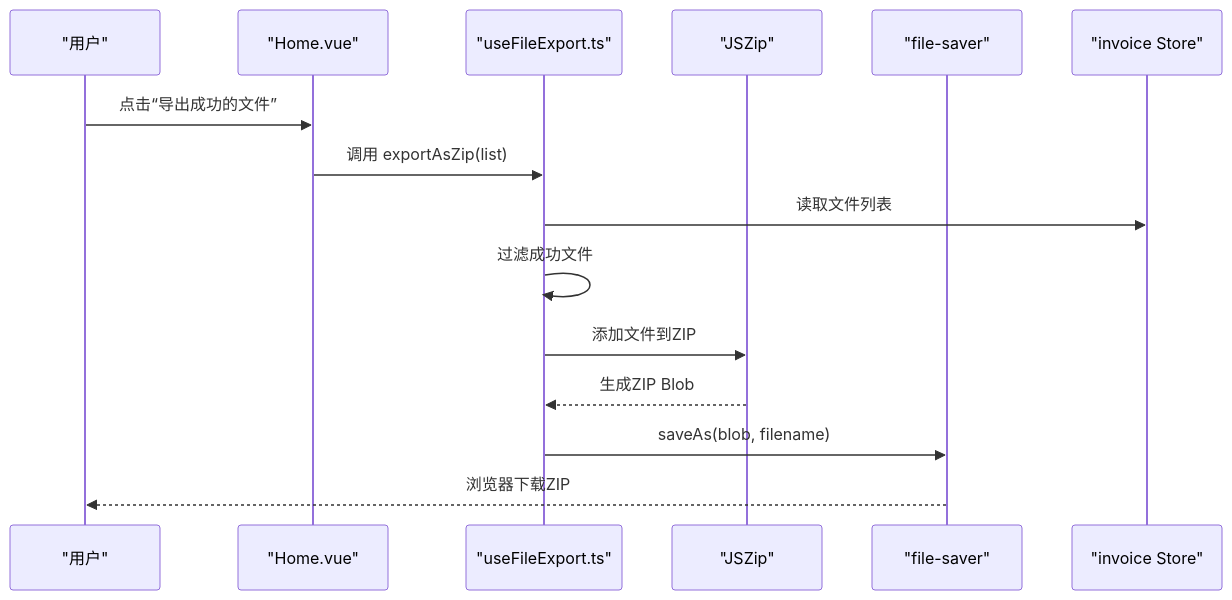
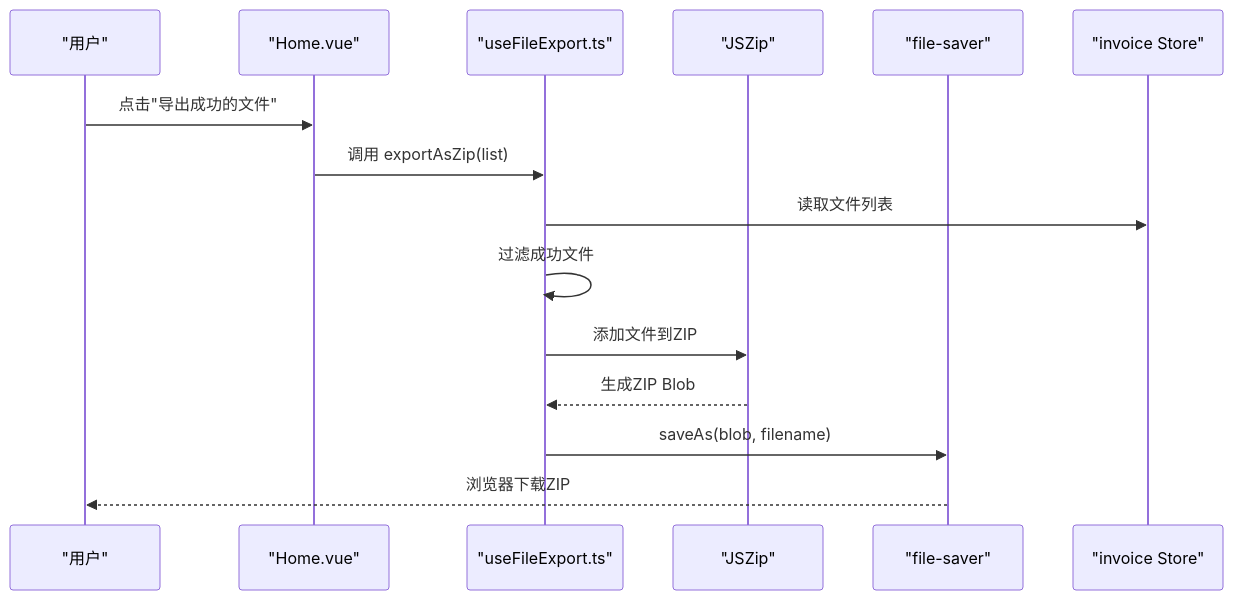
One commit to dunhuixiao/FinanceTools changed the fourth of 6 diagrams in .qoder/repowiki/zh/content/数据导出功能.md. Above: the diagram before and after it, drawn with Mermaid. The commit also changed other lines of this file and 20 other files, not shown here.

````diff
--- a/.qoder/repowiki/zh/content/数据导出功能.md
+++ b/.qoder/repowiki/zh/content/数据导出功能.md
@@ -248,17 +321,17 @@
 ```mermaid
 sequenceDiagram
 participant U as "用户"
 participant HM as "Home.vue"
 participant UFE as "useFileExport.ts"
 participant JSZ as "JSZip"
 participant FS as "file-saver"
 participant IS as "invoice Store"
-U->>HM : 点击“导出成功的文件”
+U->>HM : 点击"导出成功的文件"
 HM->>UFE : 调用 exportAsZip(list)
 UFE->>IS : 读取文件列表
 UFE->>UFE : 过滤成功文件
 UFE->>JSZ : 添加文件到ZIP
 JSZ-->>UFE : 生成ZIP Blob
 UFE->>FS : saveAs(blob, filename)
 FS-->>U : 浏览器下载ZIP
 ```
````
